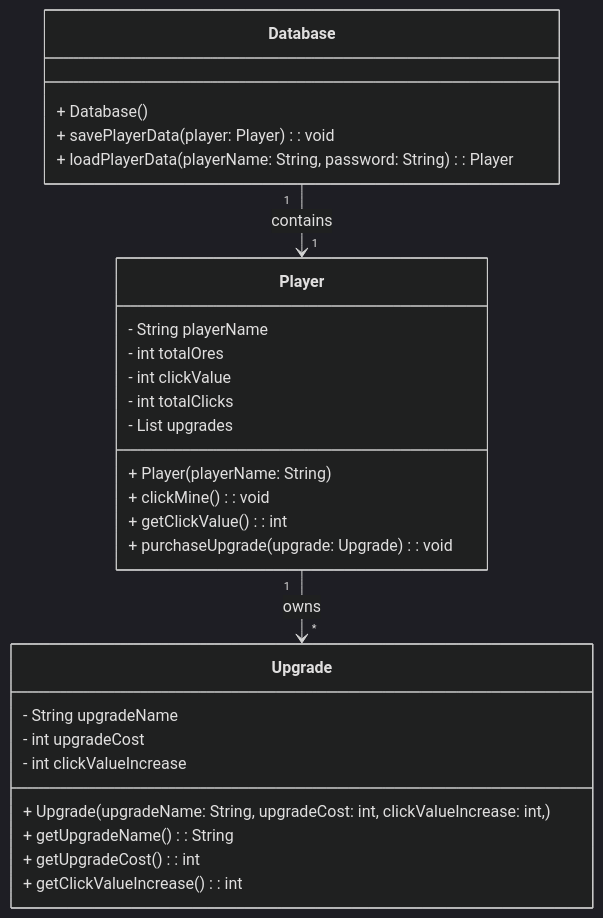
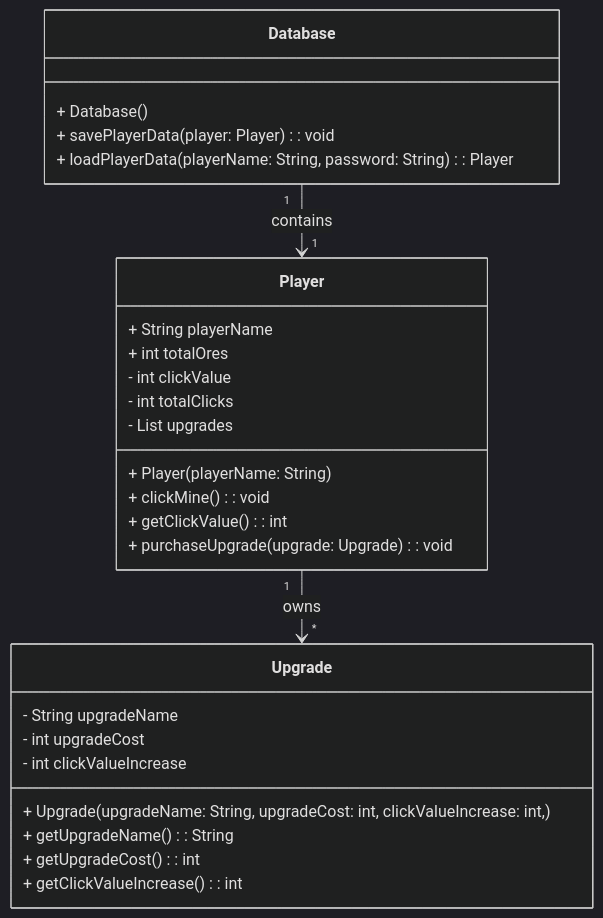
One commit to KAYRAHxWOLF/MasterMinerV1 changed the first of 2 diagrams in README.md. Above: the diagram before and after it, drawn with Mermaid (dark theme).

````diff
--- a/README.md
+++ b/README.md
@@ -30,31 +30,31 @@
 ```mermaid
 classDiagram
     class Player {
-        - String playerName
-        - int totalOres
+        + String playerName
+        + int totalOres
         - int clickValue
         - int totalClicks
         - List<Upgrade> upgrades
         + Player(playerName: String)
         + clickMine(): void
         + getClickValue(): int
         + purchaseUpgrade(upgrade: Upgrade): void
     }
     class Upgrade {
         - String upgradeName
         - int upgradeCost
         - int clickValueIncrease
         + Upgrade(upgradeName: String, upgradeCost: int, clickValueIncrease: int,)
         + getUpgradeName(): String
         + getUpgradeCost(): int
         + getClickValueIncrease(): int
     }
       class Database { 
       + Database() 
       + savePlayerData(player: Player): void 
       + loadPlayerData(playerName: String, password: String): Player
     }
 
     Player "1" --> "*" Upgrade : owns
     Database "1" --> "1" Player : contains
 ```
````
